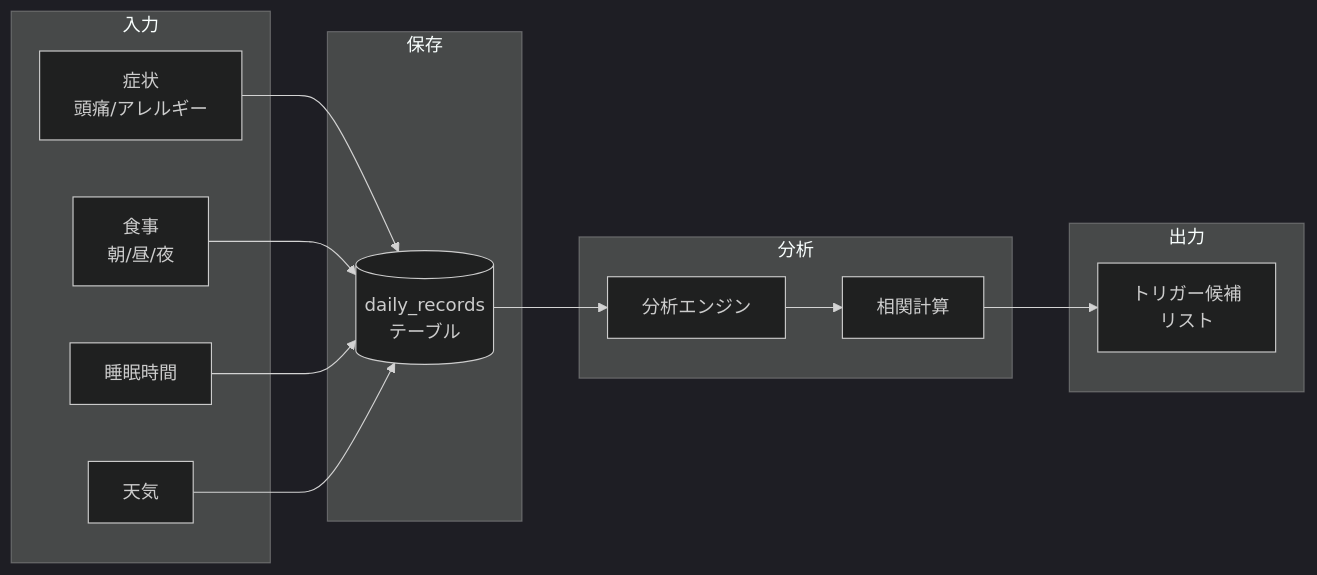
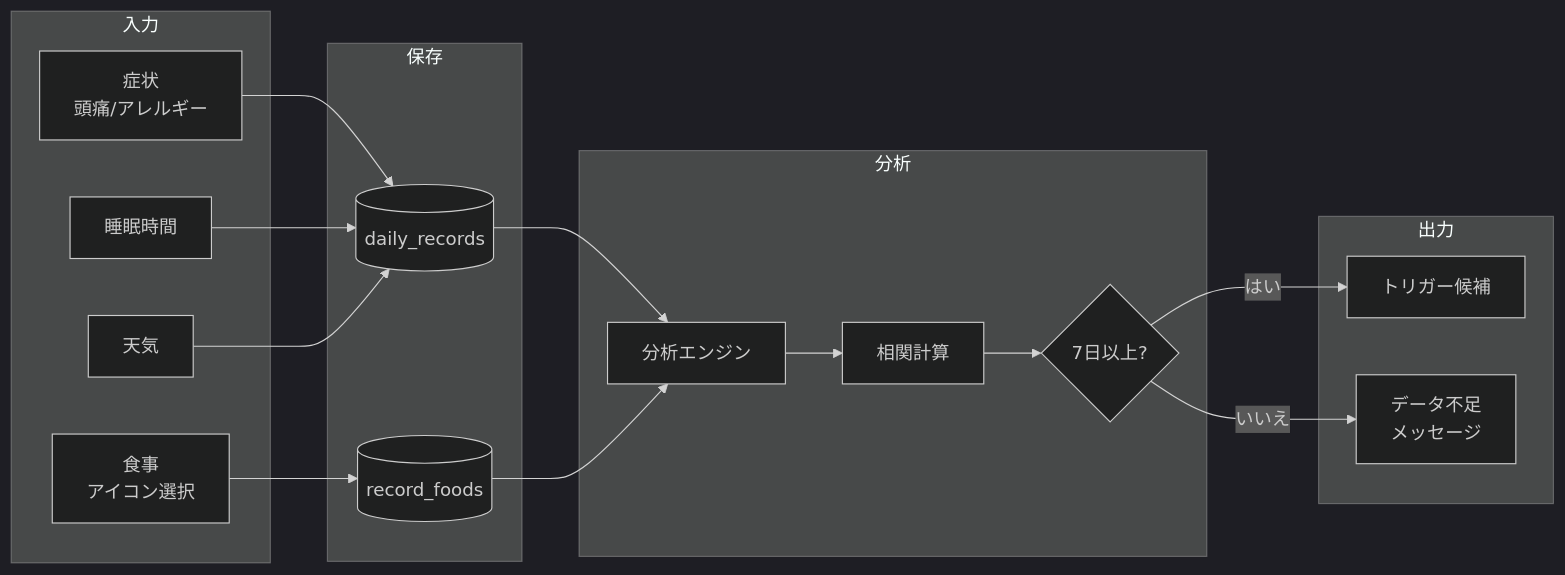
The ninth of 11 diagrams in document/APP/sequence.md (Syota622/TriggerSearch), drawn with Mermaid (dark theme) before and after one commit. The commit also changed other lines of this file and 3 other files, not shown here.

````diff
--- a/document/APP/sequence.md
+++ b/document/APP/sequence.md
@@ -159,31 +260,37 @@
 ```mermaid
 flowchart LR
     subgraph 入力
         A[症状<br/>頭痛/アレルギー]
-        B[食事<br/>朝/昼/夜]
+        B[食事<br/>アイコン選択]
         C[睡眠時間]
         D[天気]
     end
     
     subgraph 保存
-        E[(daily_records<br/>テーブル)]
+        E[(daily_records)]
+        F[(record_foods)]
     end
     
     subgraph 分析
-        F[分析エンジン]
-        G[相関計算]
+        G[分析エンジン]
+        H[相関計算]
+        I{7日以上?}
     end
     
     subgraph 出力
-        H[トリガー候補<br/>リスト]
+        J[トリガー候補]
+        K[データ不足<br/>メッセージ]
     end
     
     A --> E
-    B --> E
+    B --> F
     C --> E
     D --> E
     
-    E --> F
+    E --> G
     F --> G
     G --> H
+    H --> I
+    I -->|はい| J
+    I -->|いいえ| K
 ```
````
